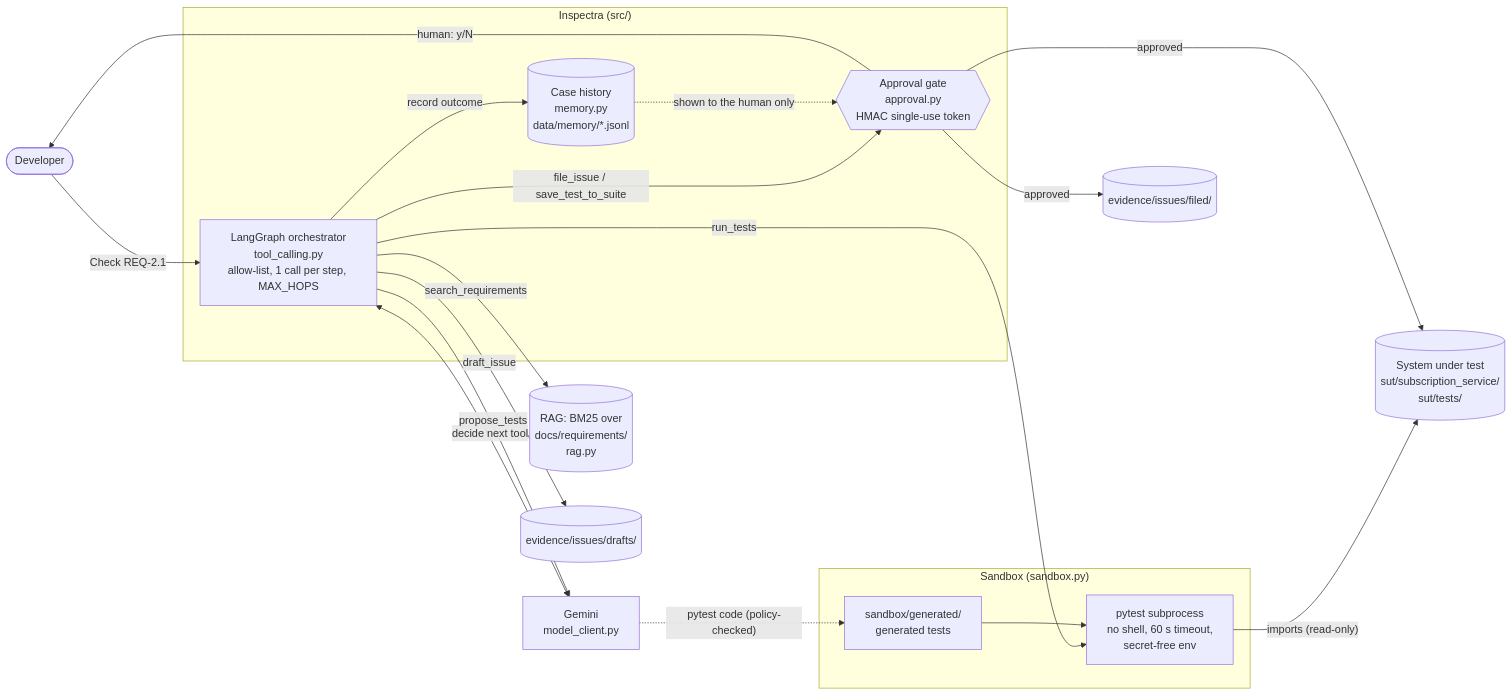
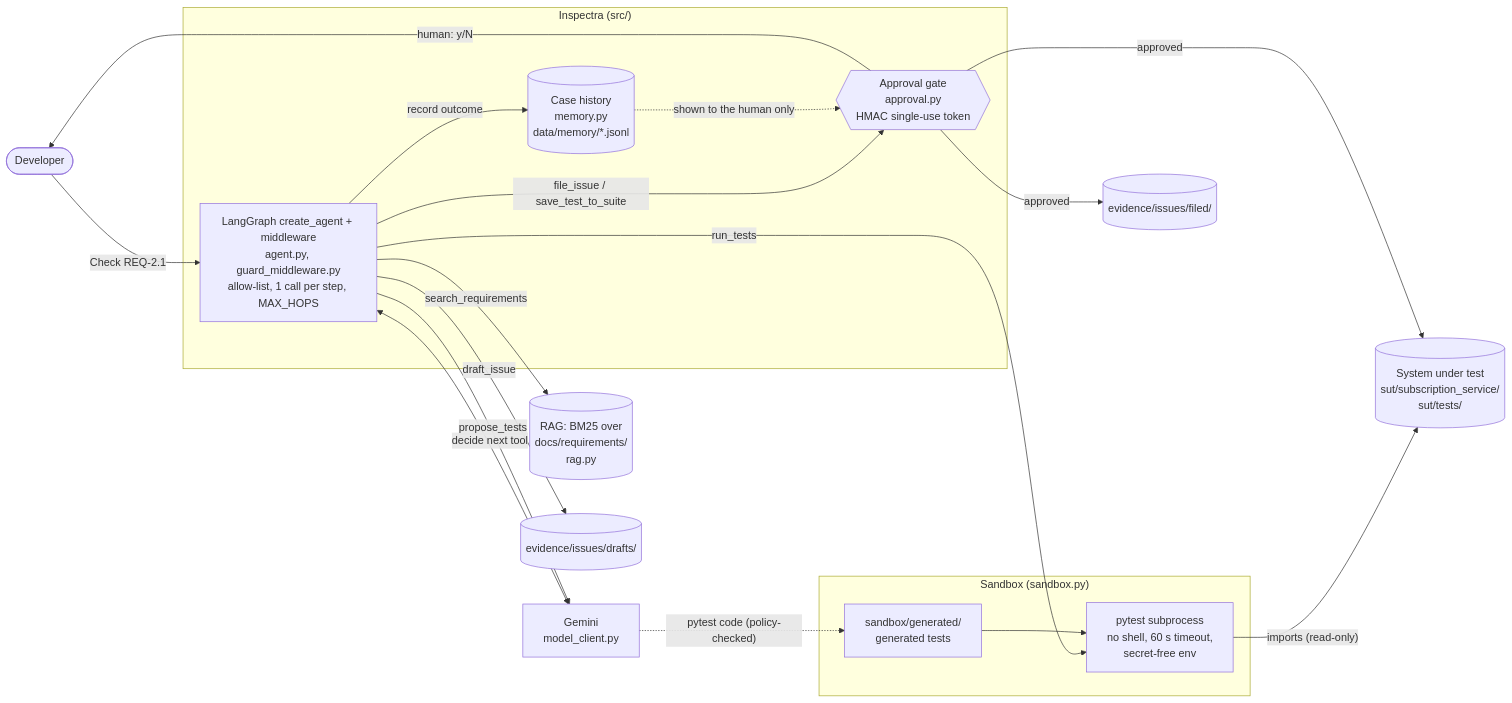
The diagram in docs/architecture/architecture_week4_realigned.md (carltontrevor23/software-engineering-qa-agent), drawn with Mermaid before and after one commit. The commit also changed 43 other files, not shown here.

````diff
--- a/docs/architecture/architecture_week4_realigned.md
+++ b/docs/architecture/architecture_week4_realigned.md
@@ -9,38 +9,38 @@
 ```mermaid
 flowchart LR
     dev([Developer])
 
     subgraph app["Inspectra (src/)"]
-        orch["LangGraph orchestrator<br/>tool_calling.py<br/>allow-list, 1 call per step, MAX_HOPS"]
+        orch["LangGraph create_agent + middleware<br/>agent.py, guard_middleware.py<br/>allow-list, 1 call per step, MAX_HOPS"]
         gate{{"Approval gate<br/>approval.py<br/>HMAC single-use token"}}
         mem[("Case history<br/>memory.py<br/>data/memory/*.jsonl")]
     end
 
     gemini["Gemini<br/>model_client.py"]
     rag[("RAG: BM25 over<br/>docs/requirements/<br/>rag.py")]
 
     subgraph box["Sandbox (sandbox.py)"]
         gen["sandbox/generated/<br/>generated tests"]
         runner["pytest subprocess<br/>no shell, 60 s timeout,<br/>secret-free env"]
     end
 
     sut[("System under test<br/>sut/subscription_service/<br/>sut/tests/")]
     drafts[("evidence/issues/drafts/")]
     filed[("evidence/issues/filed/")]
 
     dev -- "Check REQ-2.1" --> orch
     orch <-- "decide next tool" --> gemini
     orch -- "search_requirements" --> rag
     orch -- "propose_tests" --> gemini
     gemini -. "pytest code (policy-checked)" .-> gen
     orch -- "run_tests" --> runner
     runner -- "imports (read-only)" --> sut
     gen --> runner
     orch -- "draft_issue" --> drafts
     orch -- "file_issue / save_test_to_suite" --> gate
     gate -- "human: y/N" --> dev
     gate -- "approved" --> filed
     gate -- "approved" --> sut
     orch -- "record outcome" --> mem
     mem -. "shown to the human only" .-> gate
 ```
````
